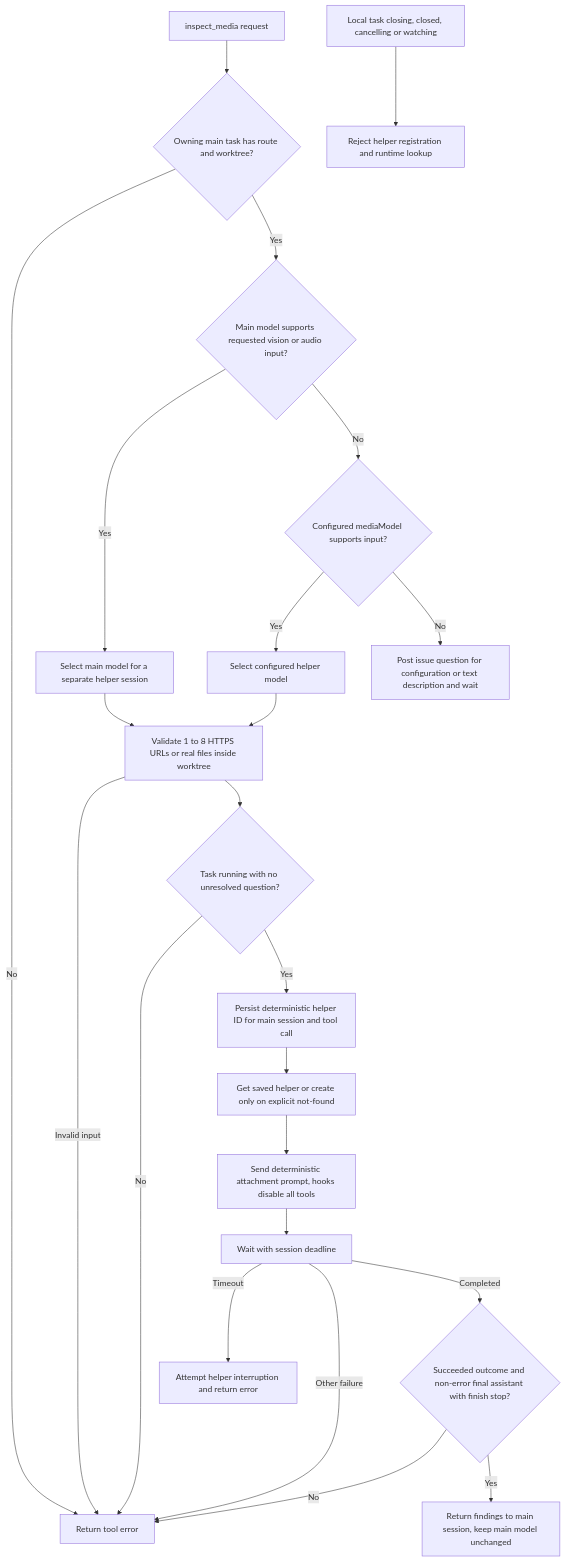
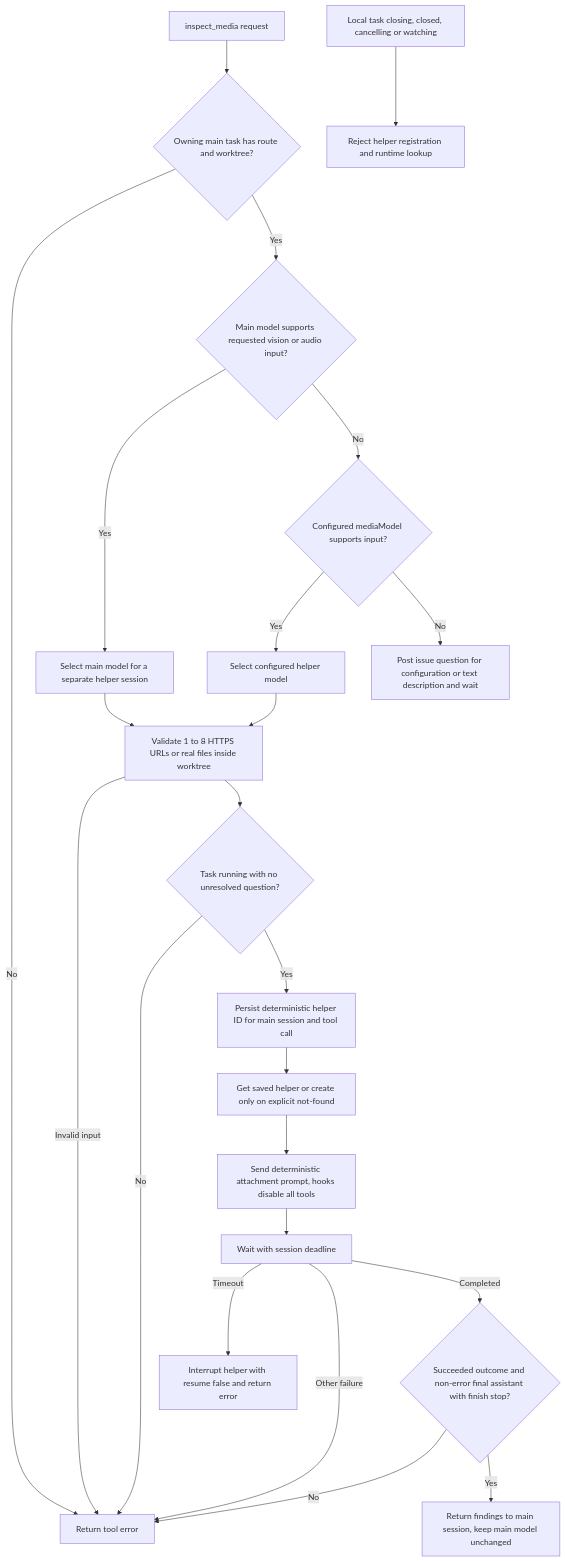
The fifth of 8 diagrams in docs/bot-workflow.md (d3cker/opencode2-github-automation), drawn with Mermaid before and after one commit. The commit also changed other lines of this file and 13 other files, not shown here.

````diff
--- a/docs/bot-workflow.md
+++ b/docs/bot-workflow.md
@@ -393,25 +397,25 @@
 ```mermaid
 flowchart TD
     Call[inspect_media request] --> MainTask{Owning main task has route and worktree?}
     MainTask -->|No| Error[Return tool error]
     MainTask -->|Yes| Cap{Main model supports requested vision or audio input?}
     Cap -->|Yes| Main[Select main model for a separate helper session]
     Cap -->|No| Other{Configured mediaModel supports input?}
     Other -->|Yes| Helper[Select configured helper model]
     Other -->|No| Ask[Post issue question for configuration or text description and wait]
     Main --> Files[Validate 1 to 8 HTTPS URLs or real files inside worktree]
     Helper --> Files
     Files -->|Invalid input| Error
     Files --> Guard{Task running with no unresolved question?}
     Guard -->|No| Error
     Guard -->|Yes| ID[Persist deterministic helper ID for main session and tool call]
     ID --> Session[Get saved helper or create only on explicit not-found]
     Session --> Prompt[Send deterministic attachment prompt, hooks disable all tools]
     Prompt --> Wait[Wait with session deadline]
-    Wait -->|Timeout| Interrupt[Attempt helper interruption and return error]
+    Wait -->|Timeout| Interrupt[Interrupt helper with resume false and return error]
     Wait -->|Other failure| Error
     Wait -->|Completed| Result{Succeeded outcome and non-error final assistant with finish stop?}
     Result -->|No| Error
     Result -->|Yes| Return[Return findings to main session, keep main model unchanged]
     Closing[Local task closing, closed, cancelling or watching] --> Deny[Reject helper registration and runtime lookup]
 ```
````
